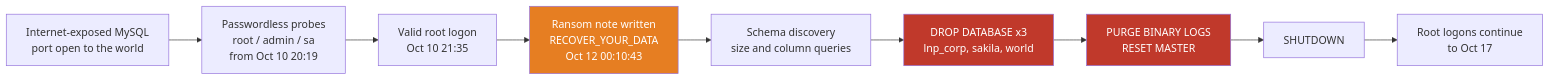
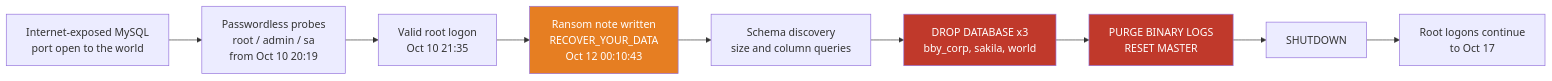
The diagram in README.md (jervon24/mysql-ransomware-incident-response), drawn with Mermaid before and after one commit. The commit also changed other lines of this file, not shown here.

````diff
--- a/README.md
+++ b/README.md
@@ -34,14 +34,14 @@
 ```mermaid
 flowchart LR
     A["Internet-exposed MySQL<br/>port open to the world"] --> B["Passwordless probes<br/>root / admin / sa<br/>from Oct 10 20:19"]
     B --> C["Valid root logon<br/>Oct 10 21:35"]
     C --> E["Ransom note written<br/>RECOVER_YOUR_DATA<br/>Oct 12 00:10:43"]
     E --> D["Schema discovery<br/>size and column queries"]
-    D --> F["DROP DATABASE x3<br/>lnp_corp, sakila, world"]
+    D --> F["DROP DATABASE x3<br/>bby_corp, sakila, world"]
     F --> G["PURGE BINARY LOGS<br/>RESET MASTER"]
     G --> H["SHUTDOWN"]
     H --> I["Root logons continue<br/>to Oct 17"]
     style F fill:#c0392b,color:#fff
     style G fill:#c0392b,color:#fff
     style E fill:#e67e22,color:#fff
 ```
````
